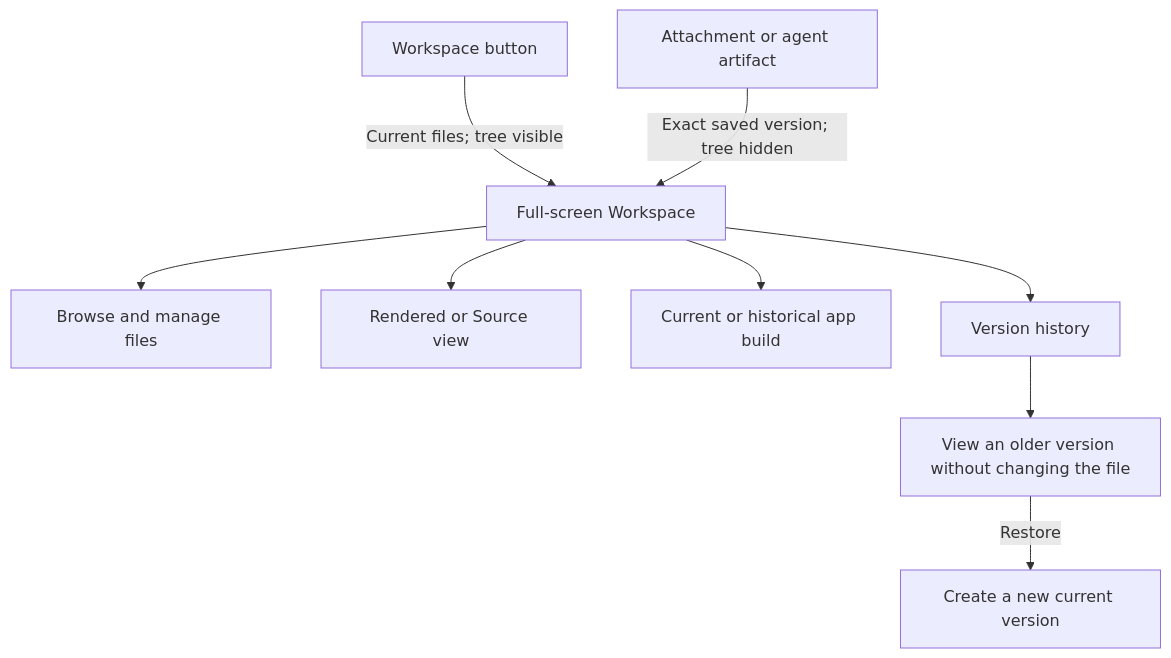
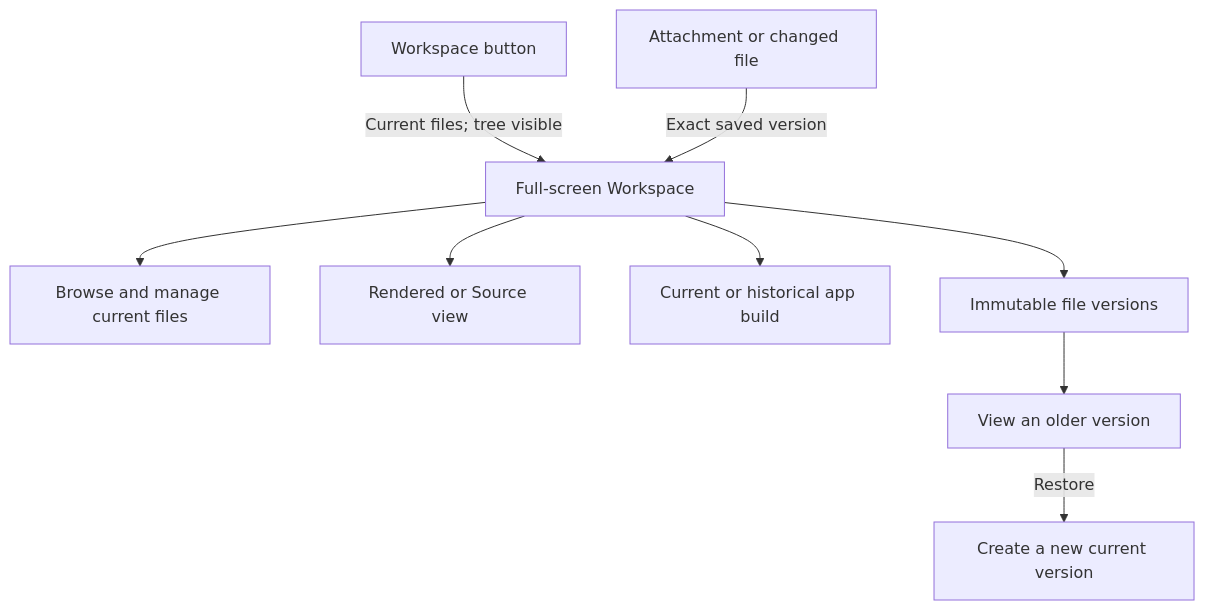
One commit to riffi/agenvyl changed the diagram in docs/user-guide/workspace.md. Above: the diagram before and after it, drawn with Mermaid. The commit also changed other lines of this file and 42 other files, not shown here.

````diff
--- a/docs/user-guide/workspace.md
+++ b/docs/user-guide/workspace.md
@@ -13,11 +13,11 @@
 ```mermaid
 flowchart TD
   Button[Workspace button] -->|Current files; tree visible| Window[Full-screen Workspace]
-  Artifact[Attachment or agent artifact] -->|Exact saved version; tree hidden| Window
-  Window --> Tree[Browse and manage files]
+  Artifact[Attachment or changed file] -->|Exact saved version| Window
+  Window --> Tree[Browse and manage current files]
   Window --> Preview[Rendered or Source view]
   Window --> App[Current or historical app build]
-  Window --> History[Version history]
-  History --> Older[View an older version without changing the file]
+  Window --> History[Immutable file versions]
+  History --> Older[View an older version]
   Older -->|Restore| Current[Create a new current version]
 ```
````
